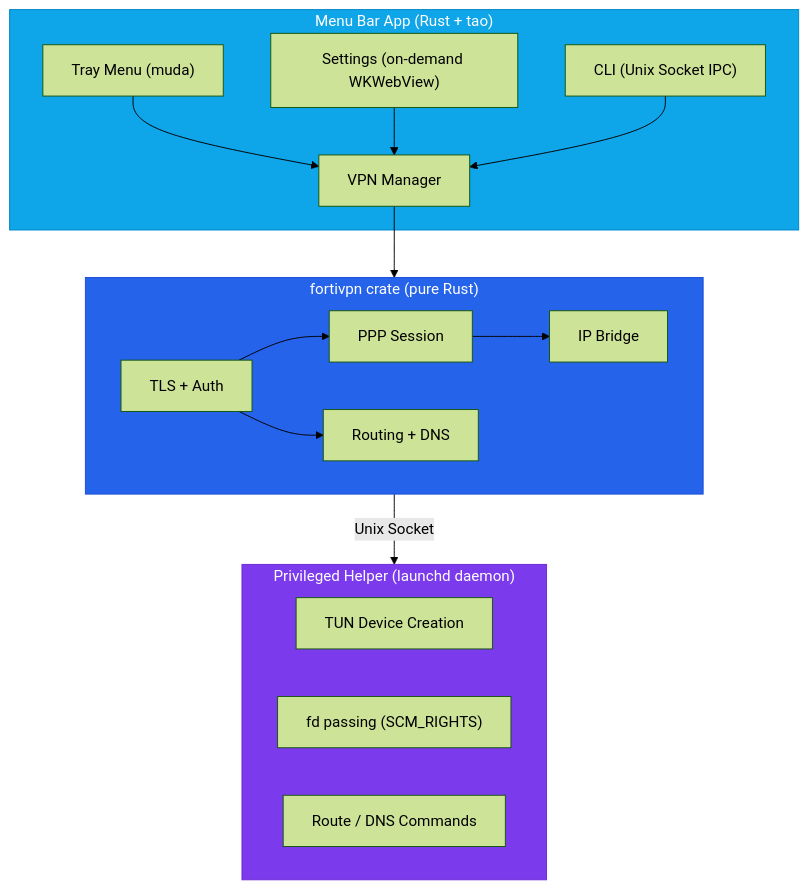
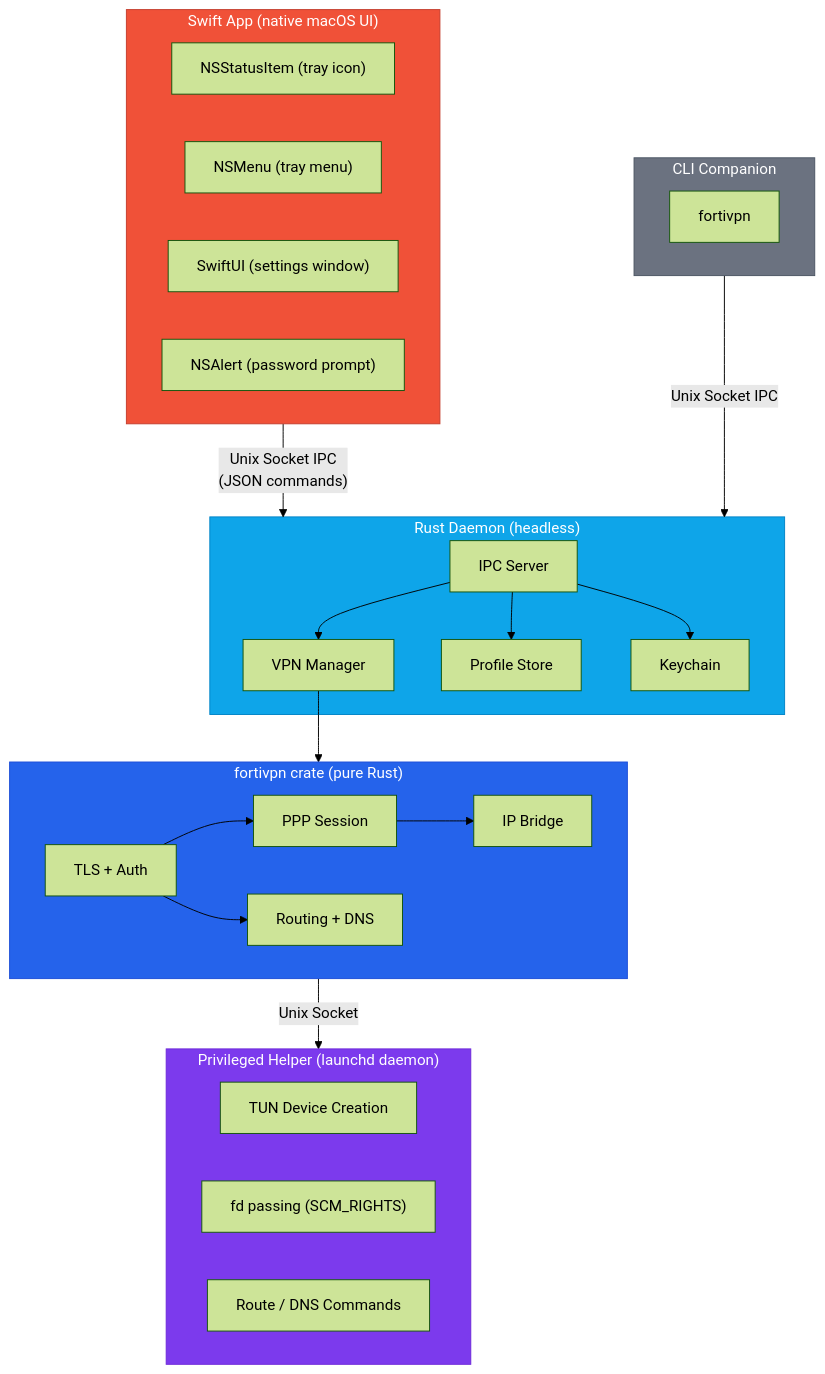
One commit to ktutnik/fortivpn-tray changed the first of 8 diagrams in README.md. Above: the diagram before and after it, drawn with Mermaid (forest theme). The commit also changed other lines of this file, not shown here.

Commit message:
docs: update README for Swift UI + Rust daemon architecture

````diff
--- a/README.md
+++ b/README.md
@@ -32,32 +35,52 @@
 ```mermaid
 graph TD
-    subgraph app["Menu Bar App (Rust + tao)"]
-        tray["Tray Menu (muda)"]
-        settings["Settings (on-demand WKWebView)"]
-        cli["CLI (Unix Socket IPC)"]
-        tray & settings & cli --> vpn["VPN Manager"]
+    subgraph swift["Swift App (native macOS UI)"]
+        tray["NSStatusItem (tray icon)"]
+        menu["NSMenu (tray menu)"]
+        settings["SwiftUI (settings window)"]
+        alert["NSAlert (password prompt)"]
     end
 
-    vpn --> crate
+    swift -- "Unix Socket IPC<br/>(JSON commands)" --> daemon
+
+    subgraph daemon["Rust Daemon (headless)"]
+        ipc["IPC Server"]
+        vpnmgr["VPN Manager"]
+        profiles["Profile Store"]
+        kc["Keychain"]
+        ipc --> vpnmgr
+        ipc --> profiles
+        ipc --> kc
+    end
+
+    subgraph cli["CLI Companion"]
+        cliprog["fortivpn"]
+    end
+
+    cli -- "Unix Socket IPC" --> daemon
+
+    vpnmgr --> crate
 
     subgraph crate["fortivpn crate (pure Rust)"]
         auth["TLS + Auth"]
         ppp["PPP Session"]
         bridge["IP Bridge"]
         route["Routing + DNS"]
         auth --> ppp --> bridge
         auth --> route
     end
 
     crate -- "Unix Socket" --> helper
 
     subgraph helper["Privileged Helper (launchd daemon)"]
         tun["TUN Device Creation"]
         fd["fd passing (SCM_RIGHTS)"]
         ops["Route / DNS Commands"]
     end
 
-    style app fill:#0ea5e9,stroke:#0284c7,color:#fff
+    style swift fill:#F05138,stroke:#c43e2d,color:#fff
+    style daemon fill:#0ea5e9,stroke:#0284c7,color:#fff
     style crate fill:#2563eb,stroke:#1d4ed8,color:#fff
     style helper fill:#7c3aed,stroke:#6d28d9,color:#fff
+    style cli fill:#6b7280,stroke:#4b5563,color:#fff
 ```
````
